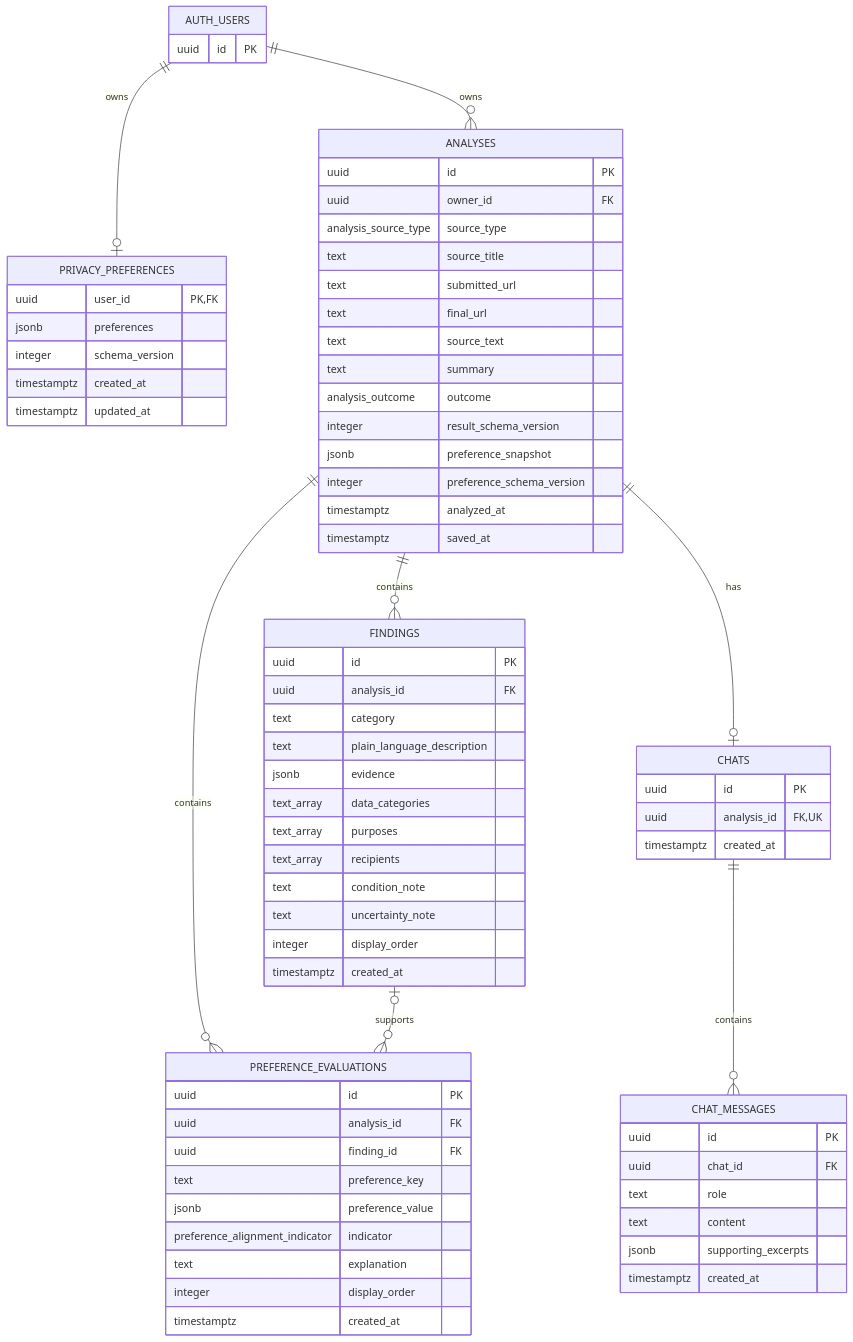
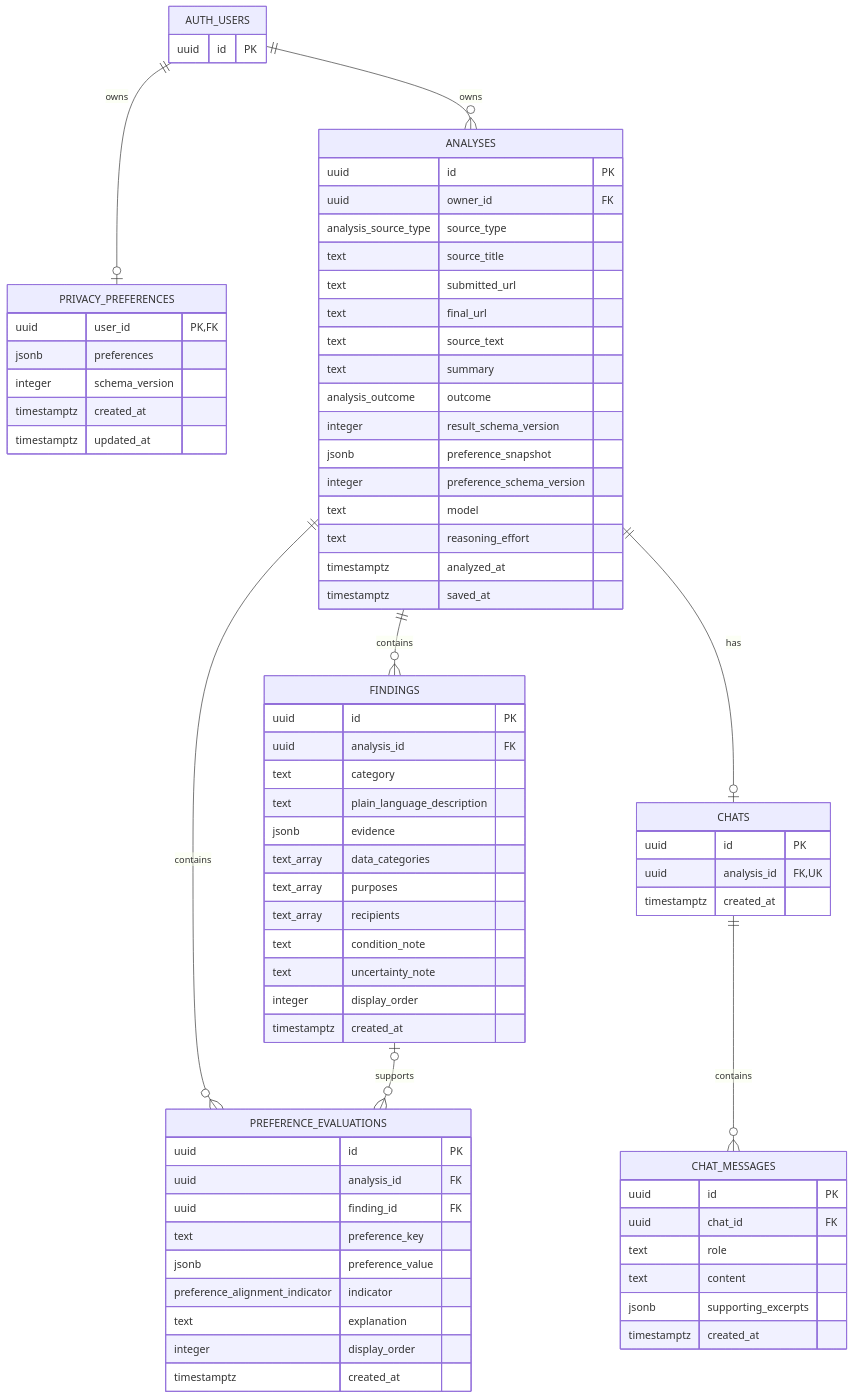
Before and after one commit to UNLV-CS472-672/2026-F-GROUP2-ClearConsent: the diagram in docs/database-design.md, drawn with Mermaid. The commit also changed other lines of this file, not shown here.

Commit message:
document the analysis model columns

```diff
--- a/docs/database-design.md
+++ b/docs/database-design.md
@@ -61,6 +61,8 @@
         integer result_schema_version
         jsonb preference_snapshot
         integer preference_schema_version
+        text model
+        text reasoning_effort
         timestamptz analyzed_at
         timestamptz saved_at
     }
```
